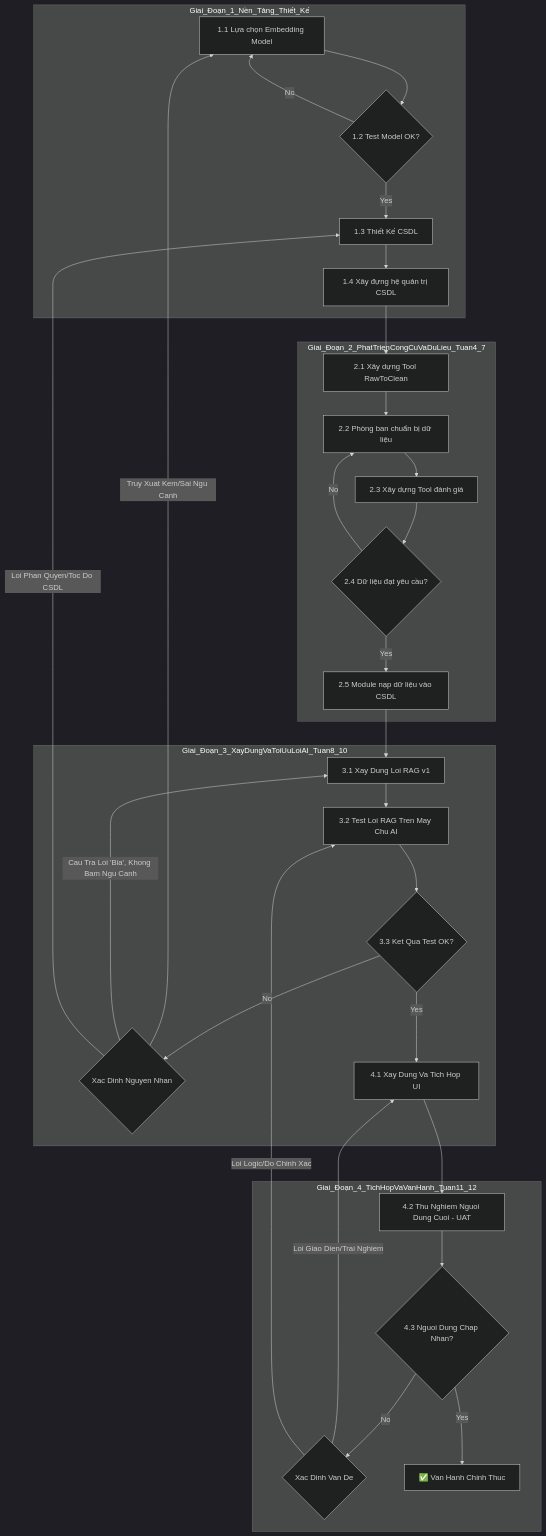
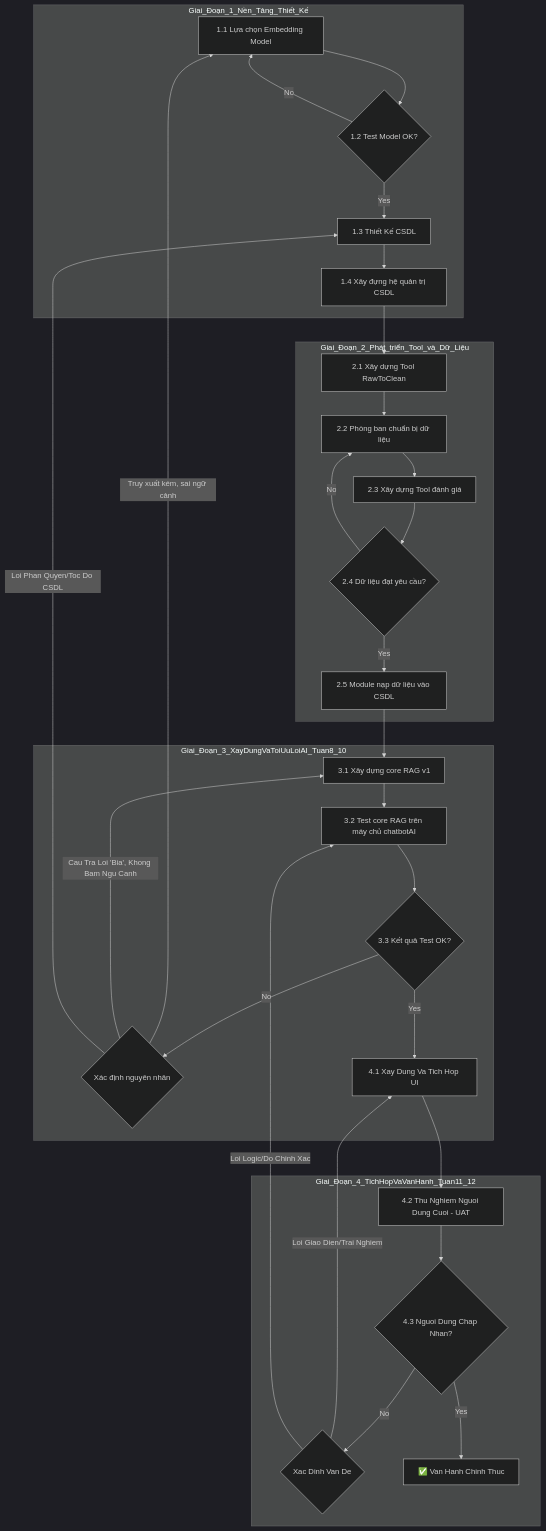
The diagram in biendo.md (ngoquytuan/chatbotweb), drawn with Mermaid (dark theme) before and after one commit.

````diff
--- a/biendo.md
+++ b/biendo.md
@@ -8,42 +8,42 @@
 ```mermaid
 graph TD
     subgraph Giai_Đoạn_1_Nền_Tảng_Thiết_Kế
         A1[1.1 Lựa chọn Embedding Model] --> A2{1.2 Test Model OK?}
         A2 -- Yes --> B1
         A2 -- No --> A1
         
         B1[1.3 Thiết Kế CSDL] --> B2[1.4 Xây đựng hệ quản trị CSDL]
     end
 
-    subgraph Giai_Đoạn_2_PhatTrienCongCuVaDuLieu_Tuan4_7
+    subgraph Giai_Đoạn_2_Phát_triển_Tool_và_Dữ_Liệu
         C1[2.1 Xây dựng Tool RawToClean] --> C2[2.2 Phòng ban chuẩn bị dữ liệu]
         C2 --> D1[2.3 Xây dựng Tool đánh giá]
         D1 --> D2{2.4 Dữ liệu đạt yêu cầu?}
         D2 -- No --> C2
         D2 -- Yes --> E1[2.5 Module nạp dữ liệu vào CSDL]
     end
 
     subgraph Giai_Đoạn_3_XayDungVaToiUuLoiAI_Tuan8_10
-        F1[3.1 Xay Dung Loi RAG v1] --> F2[3.2 Test Loi RAG Tren May Chu AI]
-        F2 --> F3{3.3 Ket Qua Test OK?}
-        F3 -- No --> G1{Xac Dinh Nguyen Nhan}
+        F1[3.1 Xây dựng core RAG v1] --> F2[3.2 Test core RAG trên máy chủ chatbotAI]
+        F2 --> F3{3.3 Kết quả Test OK?}
+        F3 -- No --> G1{Xác định nguyên nhân}
         F3 -- Yes --> H1
-        G1 -- Truy Xuat Kem/Sai Ngu Canh --> A1
+        G1 -- Truy xuất kém, sai ngữ cảnh --> A1
         G1 -- "Cau Tra Loi 'Bia', Khong Bam Ngu Canh" --> F1
         G1 -- Loi Phan Quyen/Toc Do CSDL --> B1
     end
 
     subgraph Giai_Đoạn_4_TichHopVaVanHanh_Tuan11_12
         H1[4.1 Xay Dung Va Tich Hop UI] --> H2[4.2 Thu Nghiem Nguoi Dung Cuoi - UAT]
         H2 --> H3{4.3 Nguoi Dung Chap Nhan?}
         H3 -- No --> H4{Xac Dinh Van De}
         H3 -- Yes --> I1[✅ Van Hanh Chinh Thuc]
         H4 -- Loi Giao Dien/Trai Nghiem --> H1
         H4 -- Loi Logic/Do Chinh Xac --> F2
     end
     
     B2 --> C1
     E1 --> F1
 
 
 ```
````
